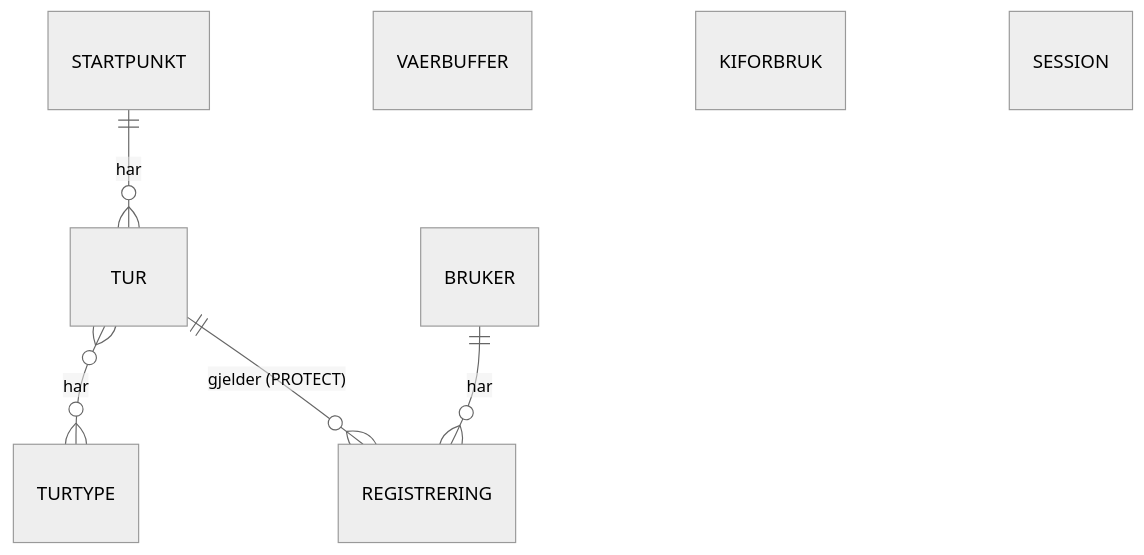
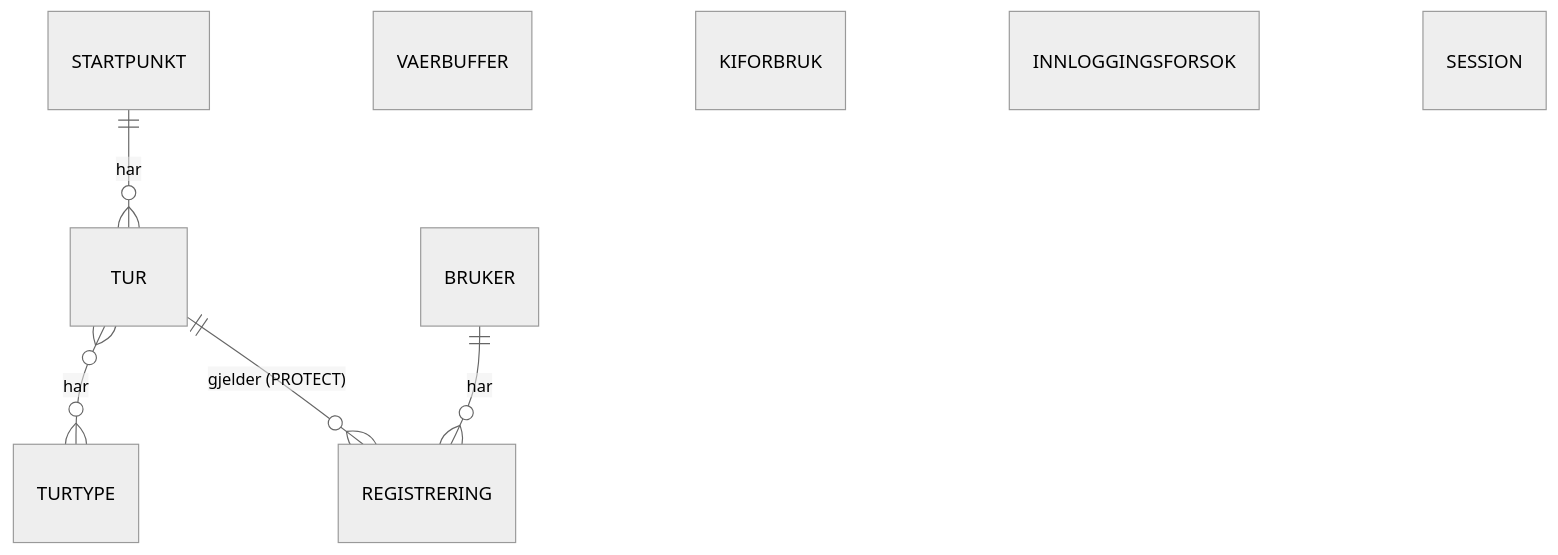
Before and after one commit to IBE160-2026/G81-eriksen: the third of 4 diagrams in _bmad-output/planning-artifacts/architecture/architecture-G81-eriksen-2026-11-07/ARCHITECTURE-SPINE.md, drawn with Mermaid (neutral theme). The commit also changed other lines of this file and 8 other files, not shown here.

````diff
--- a/_bmad-output/planning-artifacts/architecture/architecture-G81-eriksen-2026-11-07/ARCHITECTURE-SPINE.md
+++ b/_bmad-output/planning-artifacts/architecture/architecture-G81-eriksen-2026-11-07/ARCHITECTURE-SPINE.md
@@ -270,10 +291,11 @@
 ```mermaid
 erDiagram
     STARTPUNKT ||--o{ TUR : "har"
     TUR }o--o{ TURTYPE : "har"
     BRUKER ||--o{ REGISTRERING : "har"
     TUR ||--o{ REGISTRERING : "gjelder (PROTECT)"
     VAERBUFFER
     KIFORBRUK
+    INNLOGGINGSFORSOK
     SESSION
 ```
````
